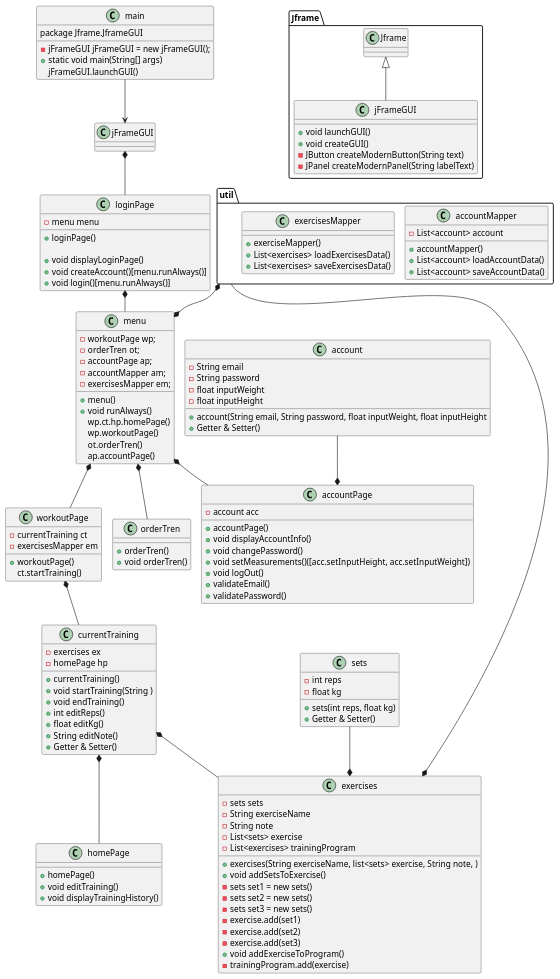
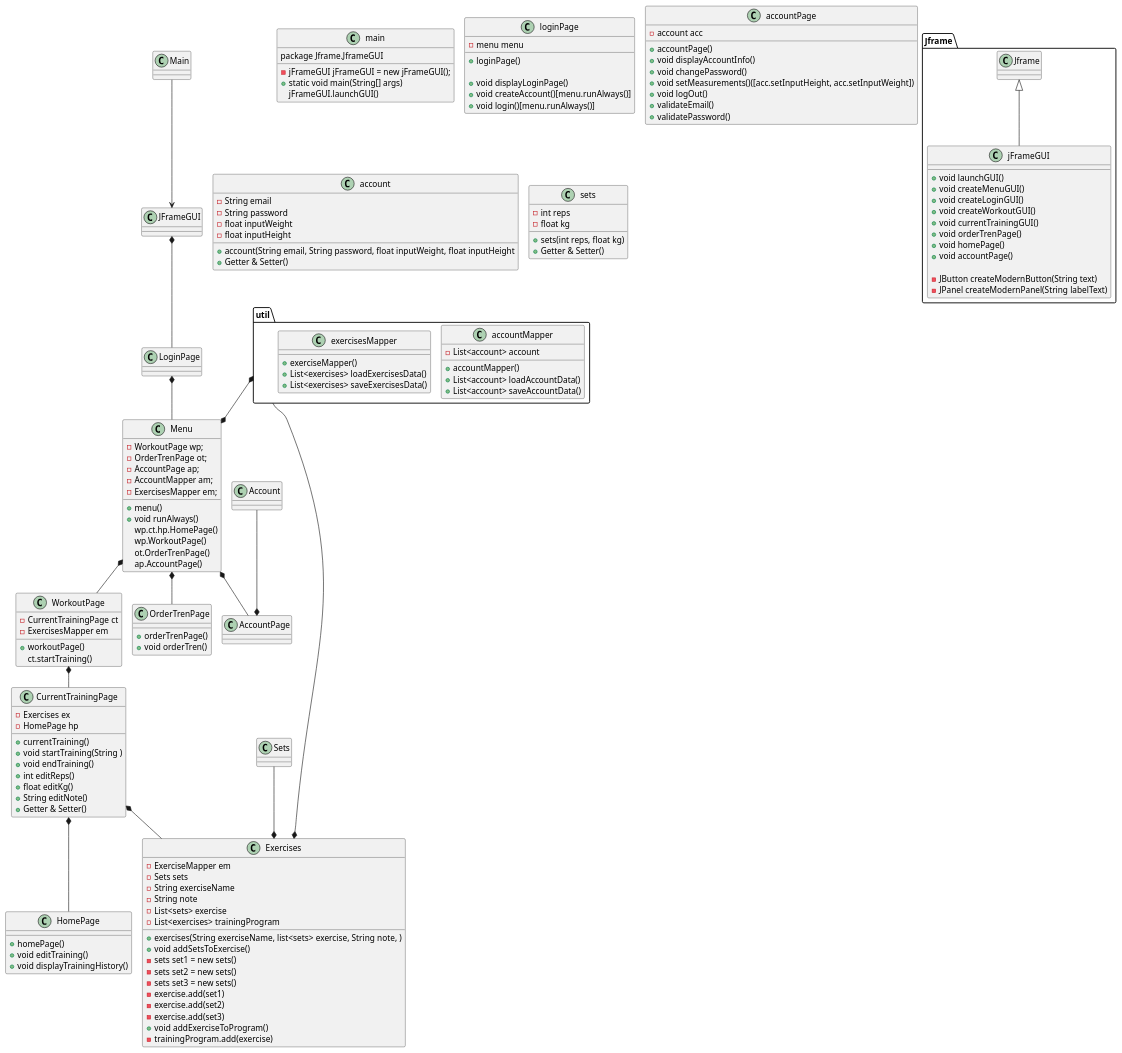
One commit to MarcusPFF/Trening-ICE-SEM1 changed the diagram in src/doc/diagram/class_diagram_v0.puml. Above: the diagram before and after it, drawn with PlantUML. The commit also changed 3 other files, not shown here.

Commit message:
diagram and metadata

```diff
--- a/src/doc/diagram/class_diagram_v0.puml
+++ b/src/doc/diagram/class_diagram_v0.puml
@@ -1,163 +1,171 @@
 @startuml
 !pragma layout smetana
 
-main --> jFrameGUI
-jFrameGUI *-- loginPage
-loginPage *-- menu
-currentTraining *-- homePage
-menu *-- workoutPage
-menu *-- accountPage
-menu *-- orderTren
-account --* accountPage
-currentTraining *-- exercises
-"util" *--* menu
-"util" --* exercises
-sets --* exercises
+Main --> JFrameGUI
+JFrameGUI *-- LoginPage
+LoginPage *-- Menu
+CurrentTrainingPage *-- HomePage
+Menu *-- WorkoutPage
+Menu *-- AccountPage
+Menu *-- OrderTrenPage
+Account --* AccountPage
+CurrentTrainingPage *-- Exercises
+"util" *--* Menu
+"util" --* Exercises
+Sets --* Exercises
 
 class main {
 package Jframe.JframeGUI
 - jFrameGUI jFrameGUI = new jFrameGUI();
 + static void main(String[] args)
 jFrameGUI.launchGUI()
 
 
 
 }
 package Jframe{
 class jFrameGUI extends Jframe  {
 + void launchGUI()
-+ void createGUI()
++ void createMenuGUI()
++ void createLoginGUI()
++ void createWorkoutGUI()
++ void currentTrainingGUI()
++ void orderTrenPage()
++ void homePage()
++ void accountPage()
+
 - JButton createModernButton(String text)
 - JPanel createModernPanel(String labelText)
 }
 }
 
 class loginPage {
 - menu menu
 
 ' Constructor
 + loginPage()
 
 ' Metoder
 + void displayLoginPage()
 + void createAccount()[menu.runAlways()]
 + void login()[menu.runAlways()]
 
 }
-class menu {
-- workoutPage wp;
-- orderTren ot;
-- accountPage ap;
-- accountMapper am;
-- exercisesMapper em;
+class Menu {
+- WorkoutPage wp;
+- OrderTrenPage ot;
+- AccountPage ap;
+- AccountMapper am;
+- ExercisesMapper em;
 + menu()
 + void runAlways()
- wp.ct.hp.homePage()
- wp.workoutPage()
- ot.orderTren()
- ap.accountPage()
+ wp.ct.hp.HomePage()
+ wp.WorkoutPage()
+ ot.OrderTrenPage()
+ ap.AccountPage()
 
 
 }
-class homePage {
+class HomePage{
 + homePage()
 + void editTraining()
 + void displayTrainingHistory()
 }
-class workoutPage {
-- currentTraining ct
-- exercisesMapper em
+class WorkoutPage {
+- CurrentTrainingPage ct
+- ExercisesMapper em
 + workoutPage()
 ct.startTraining()
 
 }
 
-workoutPage *-- currentTraining
+WorkoutPage *-- CurrentTrainingPage
 
-class currentTraining{
-- exercises ex
-- homePage hp
+class CurrentTrainingPage{
+- Exercises ex
+- HomePage hp
 + currentTraining()
 + void startTraining(String )
 + void endTraining()
 + int editReps()
 + float editKg()
 + String editNote()
 + Getter & Setter()
 }
 
 class accountPage {
 - account acc
 + accountPage()
 + void displayAccountInfo()
 + void changePassword()
 + void setMeasurements()([acc.setInputHeight, acc.setInputWeight])
 + void logOut()
 + validateEmail()
 + validatePassword()
 
 }
-class orderTren {
-+ orderTren()
+class OrderTrenPage {
++ orderTrenPage()
 + void orderTren()
 
 }
-class exercises {
-- sets sets
+class Exercises {
+- ExerciseMapper em
+- Sets sets
 + exercises(String exerciseName, list<sets> exercise, String note, )
 - String exerciseName
 - String note
 - List<sets> exercise
 - List<exercises> trainingProgram
 
 
 + void addSetsToExercise()
 - sets set1 = new sets()
 - sets set2 = new sets()
 - sets set3 = new sets()
 - exercise.add(set1)
 - exercise.add(set2)
 - exercise.add(set3)
 + void addExerciseToProgram()
 - trainingProgram.add(exercise)
 
 
 
 
 
 }
 
 class account {
 - String email
 - String password
 - float inputWeight
 - float inputHeight
 
 + account(String email, String password, float inputWeight, float inputHeight
 + Getter & Setter()
 
 }
 class sets {
 - int reps
 - float kg
 
 + sets(int reps, float kg)
 + Getter & Setter()
 }
 
 package "util" {
 class accountMapper {
 + accountMapper()
 - List<account> account
 
 +List<account> loadAccountData()
 +List<account> saveAccountData()
 }
 
 class exercisesMapper {
 + exerciseMapper()
 + List<exercises> loadExercisesData()
 + List<exercises> saveExercisesData()
 }
 }
 @enduml
```
